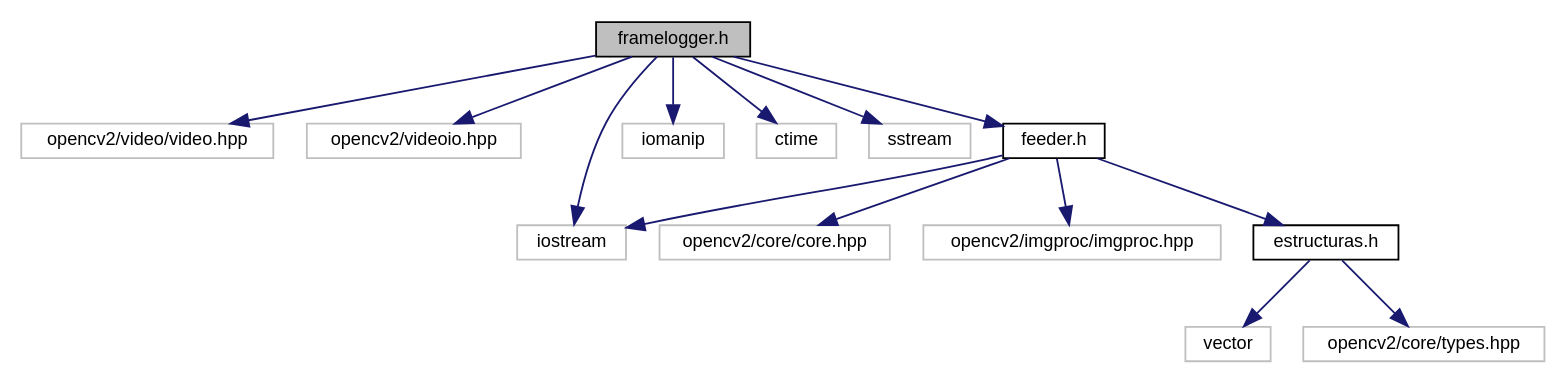
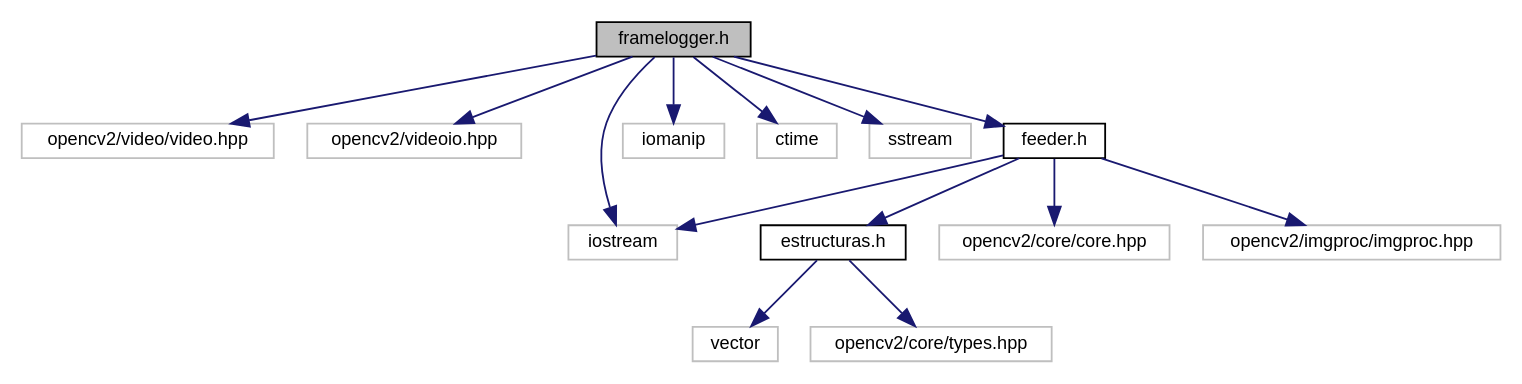
Before and after one commit to agustinavila/ProyectoVision: the diagram in framelogger_8h__incl.dot, drawn with Graphviz. The commit also changed 191 other files, not shown here.

```diff
--- a/framelogger_8h__incl.dot
+++ b/framelogger_8h__incl.dot
@@ -1,32 +1,32 @@
 digraph "framelogger.h"
 {
  // LATEX_PDF_SIZE
   edge [fontname="Helvetica",fontsize="10",labelfontname="Helvetica",labelfontsize="10"];
   node [fontname="Helvetica",fontsize="10",shape=record];
   Node1 [label="framelogger.h",height=0.2,width=0.4,color="black", fillcolor="grey75", style="filled", fontcolor="black",tooltip="Archivo de cabecera de la clase FrameLogger."];
   Node1 -> Node2 [color="midnightblue",fontsize="10",style="solid",fontname="Helvetica"];
   Node2 [label="opencv2/video/video.hpp",height=0.2,width=0.4,color="grey75", fillcolor="white", style="filled",tooltip=" "];
   Node1 -> Node3 [color="midnightblue",fontsize="10",style="solid",fontname="Helvetica"];
   Node3 [label="opencv2/videoio.hpp",height=0.2,width=0.4,color="grey75", fillcolor="white", style="filled",tooltip=" "];
   Node1 -> Node4 [color="midnightblue",fontsize="10",style="solid",fontname="Helvetica"];
   Node4 [label="iostream",height=0.2,width=0.4,color="grey75", fillcolor="white", style="filled",tooltip=" "];
   Node1 -> Node5 [color="midnightblue",fontsize="10",style="solid",fontname="Helvetica"];
   Node5 [label="iomanip",height=0.2,width=0.4,color="grey75", fillcolor="white", style="filled",tooltip=" "];
   Node1 -> Node6 [color="midnightblue",fontsize="10",style="solid",fontname="Helvetica"];
   Node6 [label="ctime",height=0.2,width=0.4,color="grey75", fillcolor="white", style="filled",tooltip=" "];
   Node1 -> Node7 [color="midnightblue",fontsize="10",style="solid",fontname="Helvetica"];
   Node7 [label="sstream",height=0.2,width=0.4,color="grey75", fillcolor="white", style="filled",tooltip=" "];
   Node1 -> Node8 [color="midnightblue",fontsize="10",style="solid",fontname="Helvetica"];
   Node8 [label="feeder.h",height=0.2,width=0.4,color="black", fillcolor="white", style="filled",URL="$feeder_8h.html",tooltip="Archivo de cabecera de la clase abstracta Feeder."];
   Node8 -> Node4 [color="midnightblue",fontsize="10",style="solid",fontname="Helvetica"];
   Node8 -> Node9 [color="midnightblue",fontsize="10",style="solid",fontname="Helvetica"];
-  Node9 [label="opencv2/core/core.hpp",height=0.2,width=0.4,color="grey75", fillcolor="white", style="filled",tooltip=" "];
-  Node8 -> Node10 [color="midnightblue",fontsize="10",style="solid",fontname="Helvetica"];
-  Node10 [label="opencv2/imgproc/imgproc.hpp",height=0.2,width=0.4,color="grey75", fillcolor="white", style="filled",tooltip=" "];
-  Node8 -> Node11 [color="midnightblue",fontsize="10",style="solid",fontname="Helvetica"];
-  Node11 [label="estructuras.h",height=0.2,width=0.4,color="black", fillcolor="white", style="filled",URL="$estructuras_8h.html",tooltip="Descripcion de distintas estructuras de datos usadas por la clase."];
-  Node11 -> Node12 [color="midnightblue",fontsize="10",style="solid",fontname="Helvetica"];
-  Node12 [label="vector",height=0.2,width=0.4,color="grey75", fillcolor="white", style="filled",tooltip=" "];
-  Node11 -> Node13 [color="midnightblue",fontsize="10",style="solid",fontname="Helvetica"];
-  Node13 [label="opencv2/core/types.hpp",height=0.2,width=0.4,color="grey75", fillcolor="white", style="filled",tooltip=" "];
+  Node9 [label="estructuras.h",height=0.2,width=0.4,color="black", fillcolor="white", style="filled",URL="$estructuras_8h.html",tooltip="Descripcion de distintas estructuras de datos usadas por la clase."];
+  Node9 -> Node10 [color="midnightblue",fontsize="10",style="solid",fontname="Helvetica"];
+  Node10 [label="vector",height=0.2,width=0.4,color="grey75", fillcolor="white", style="filled",tooltip=" "];
+  Node9 -> Node11 [color="midnightblue",fontsize="10",style="solid",fontname="Helvetica"];
+  Node11 [label="opencv2/core/types.hpp",height=0.2,width=0.4,color="grey75", fillcolor="white", style="filled",tooltip=" "];
+  Node8 -> Node12 [color="midnightblue",fontsize="10",style="solid",fontname="Helvetica"];
+  Node12 [label="opencv2/core/core.hpp",height=0.2,width=0.4,color="grey75", fillcolor="white", style="filled",tooltip=" "];
+  Node8 -> Node13 [color="midnightblue",fontsize="10",style="solid",fontname="Helvetica"];
+  Node13 [label="opencv2/imgproc/imgproc.hpp",height=0.2,width=0.4,color="grey75", fillcolor="white", style="filled",tooltip=" "];
 }
```
